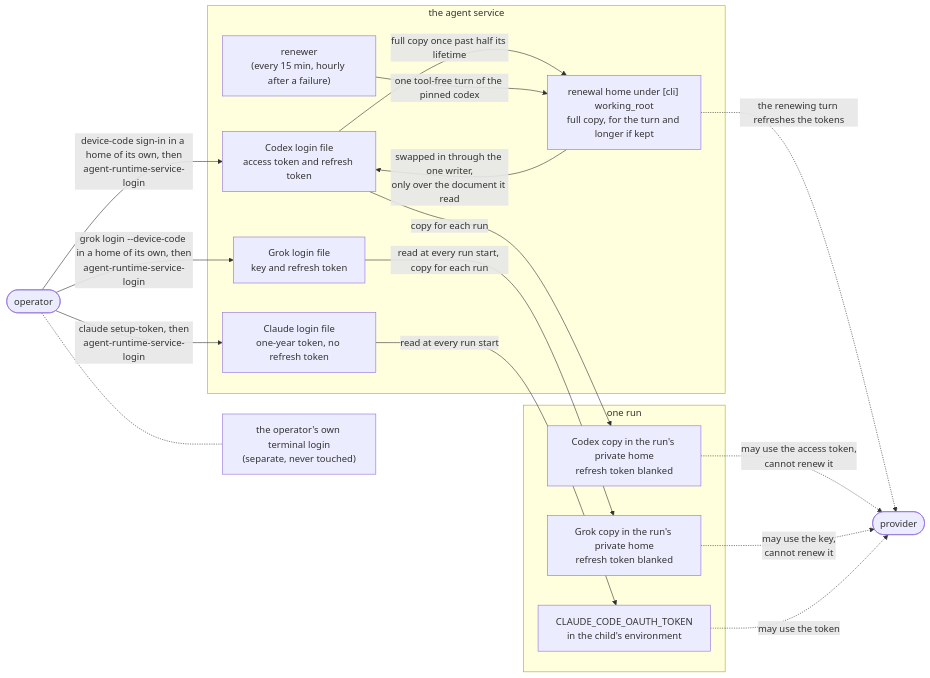
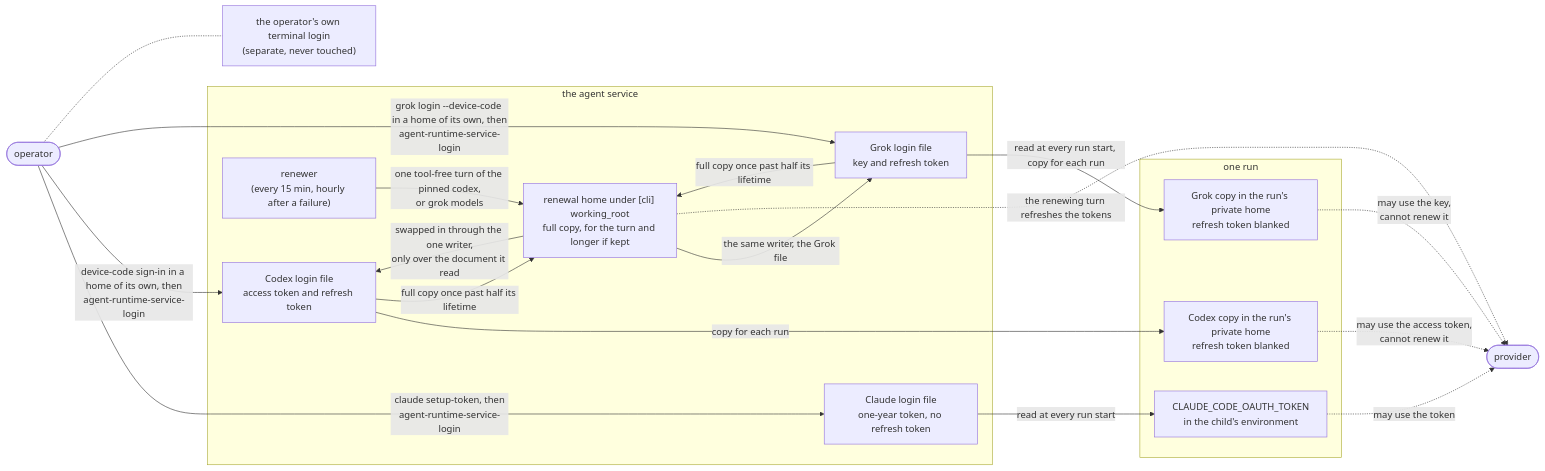
Before and after one commit to overnightworks/agent-runtime: the third of 3 diagrams in docs/ARCHITECTURE.md, drawn with Mermaid. The commit also changed other lines of this file and 3 other files, not shown here.

````diff
--- a/docs/ARCHITECTURE.md
+++ b/docs/ARCHITECTURE.md
@@ -116,34 +116,36 @@
 ```mermaid
 flowchart LR
     operator(["operator"])
     terminal["the operator's own terminal login<br/>(separate, never touched)"]
 
     subgraph service ["the agent service"]
         claudefile["Claude login file<br/>one-year token, no refresh token"]
         codexfile["Codex login file<br/>access token and refresh token"]
         grokfile["Grok login file<br/>key and refresh token"]
         renewer["renewer<br/>(every 15 min, hourly after a failure)"]
         renewalhome["renewal home under [cli] working_root<br/>full copy, for the turn and longer if kept"]
     end
 
     subgraph runs ["one run"]
         claudeenv["CLAUDE_CODE_OAUTH_TOKEN<br/>in the child's environment"]
         codexcopy["Codex copy in the run's private home<br/>refresh token blanked"]
         grokcopy["Grok copy in the run's private home<br/>refresh token blanked"]
     end
 
     operator -->|"claude setup-token, then<br/>agent-runtime-service-login"| claudefile
     operator -->|"device-code sign-in in a home of its own, then<br/>agent-runtime-service-login"| codexfile
     operator -->|"grok login --device-code in a home of its own, then<br/>agent-runtime-service-login"| grokfile
     claudefile -->|"read at every run start"| claudeenv
     grokfile -->|"read at every run start, copy for each run"| grokcopy
     codexfile -->|"copy for each run"| codexcopy
     codexfile -->|"full copy once past half its lifetime"| renewalhome
-    renewer -->|"one tool-free turn of the pinned codex"| renewalhome
+    grokfile -->|"full copy once past half its lifetime"| renewalhome
+    renewer -->|"one tool-free turn of the pinned codex,<br/>or grok models"| renewalhome
     renewalhome -->|"swapped in through the one writer,<br/>only over the document it read"| codexfile
+    renewalhome -->|"the same writer, the Grok file"| grokfile
     renewalhome -.->|"the renewing turn refreshes the tokens"| provider
     codexcopy -.->|"may use the access token,<br/>cannot renew it"| provider(["provider"])
     grokcopy -.->|"may use the key,<br/>cannot renew it"| provider
     claudeenv -.->|"may use the token"| provider
     operator -.- terminal
 ```
````
